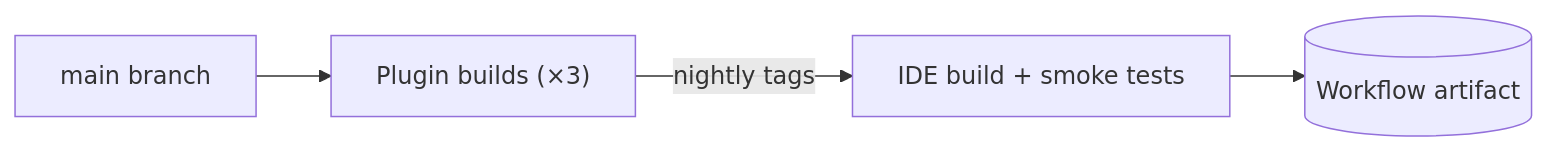
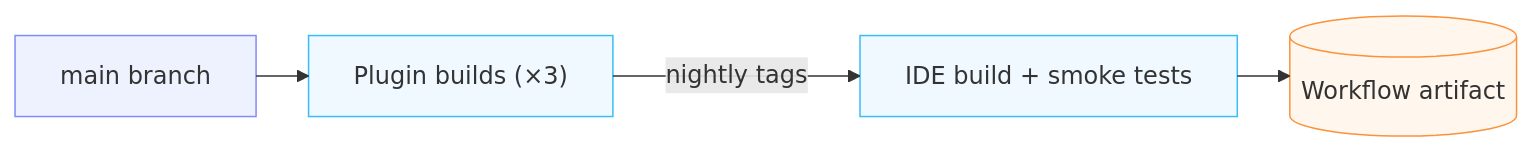
One commit to NipunaRanasinghe/wso2i-process-guides changed the third of 5 diagrams in docs/cicd-pipelines.md. Above: the diagram before and after it, drawn with Mermaid. The commit also changed other lines of this file and 1 other file, not shown here.

Commit message:
Enhance CI/CD and component architecture documentation with improved Mermaid diagram clarity and structure

````diff
--- a/docs/cicd-pipelines.md
+++ b/docs/cicd-pipelines.md
@@ -47,6 +55,10 @@
 ```mermaid
+%%{init: {"layout": "elk"}}%%
 graph LR
-    M["main branch"] --> PL["Plugin builds (×3)"]
-    PL -->|nightly tags| AS["IDE build + smoke tests"]
-    AS --> IA[("Workflow artifact")]
+    M["main branch"]:::trigger --> PL["Plugin builds (×3)"]:::stage
+    PL -->|nightly tags| AS["IDE build + smoke tests"]:::stage
+    AS --> IA[("Workflow artifact")]:::artifact
+    classDef trigger stroke:#818cf8,fill:#eef2ff
+    classDef stage stroke:#38bdf8,fill:#f0f9ff
+    classDef artifact stroke:#fb923c,fill:#fff7ed
 ```
````
